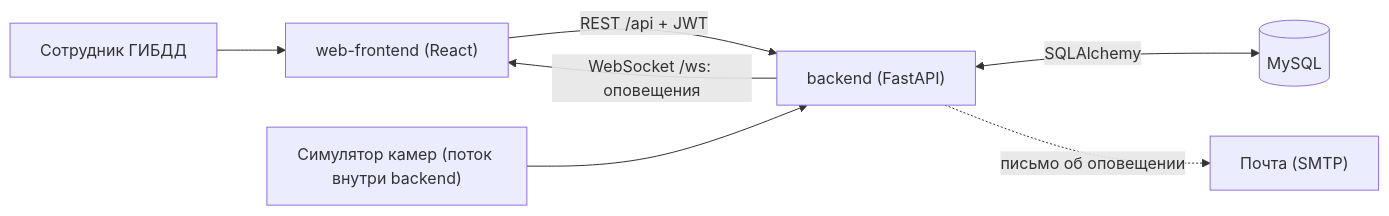
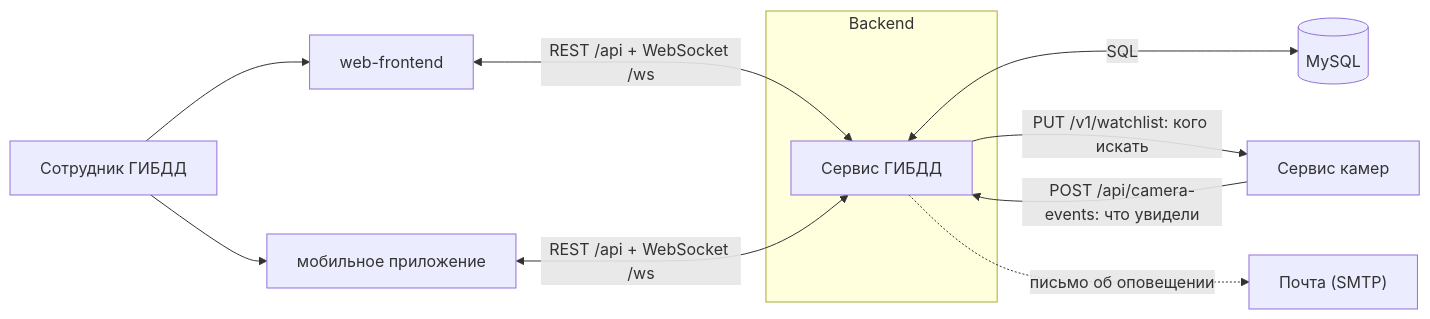
One commit to BelozerovaA/gibdd-system changed the first of 2 diagrams in README.md. Above: the diagram before and after it, drawn with Mermaid. The commit also changed other lines of this file and 180 other files, not shown here.

````diff
--- a/README.md
+++ b/README.md
@@ -16,9 +23,14 @@
 ```mermaid
 flowchart LR
-    U["Сотрудник ГИБДД"] --> W["web-frontend (React)"]
-    W -->|"REST /api + JWT"| B["backend (FastAPI)"]
-    B -->|"WebSocket /ws: оповещения"| W
-    B <-->|"SQLAlchemy"| DB[("MySQL")]
-    S["Симулятор камер (поток внутри backend)"] --> B
-    B -.->|"письмо об оповещении"| M["Почта (SMTP)"]
+    U["Сотрудник ГИБДД"] --> W["web-frontend"]
+    U --> M["мобильное приложение"]
+    W <-->|"REST /api + WebSocket /ws"| G
+    M <-->|"REST /api + WebSocket /ws"| G
+    subgraph backend["Backend"]
+        G["Сервис ГИБДД"]
+    end
+    G <-->|"SQL"| DB[("MySQL")]
+    G -->|"PUT /v1/watchlist: кого искать"| K["Сервис камер"]
+    K -->|"POST /api/camera-events: что увидели"| G
+    G -.->|"письмо об оповещении"| P["Почта (SMTP)"]
 ```
````
